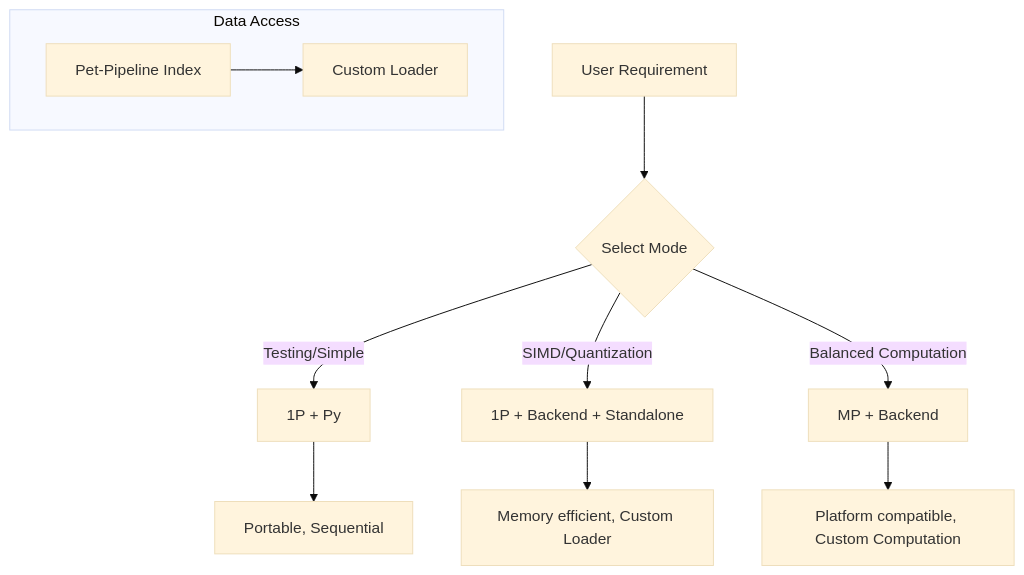
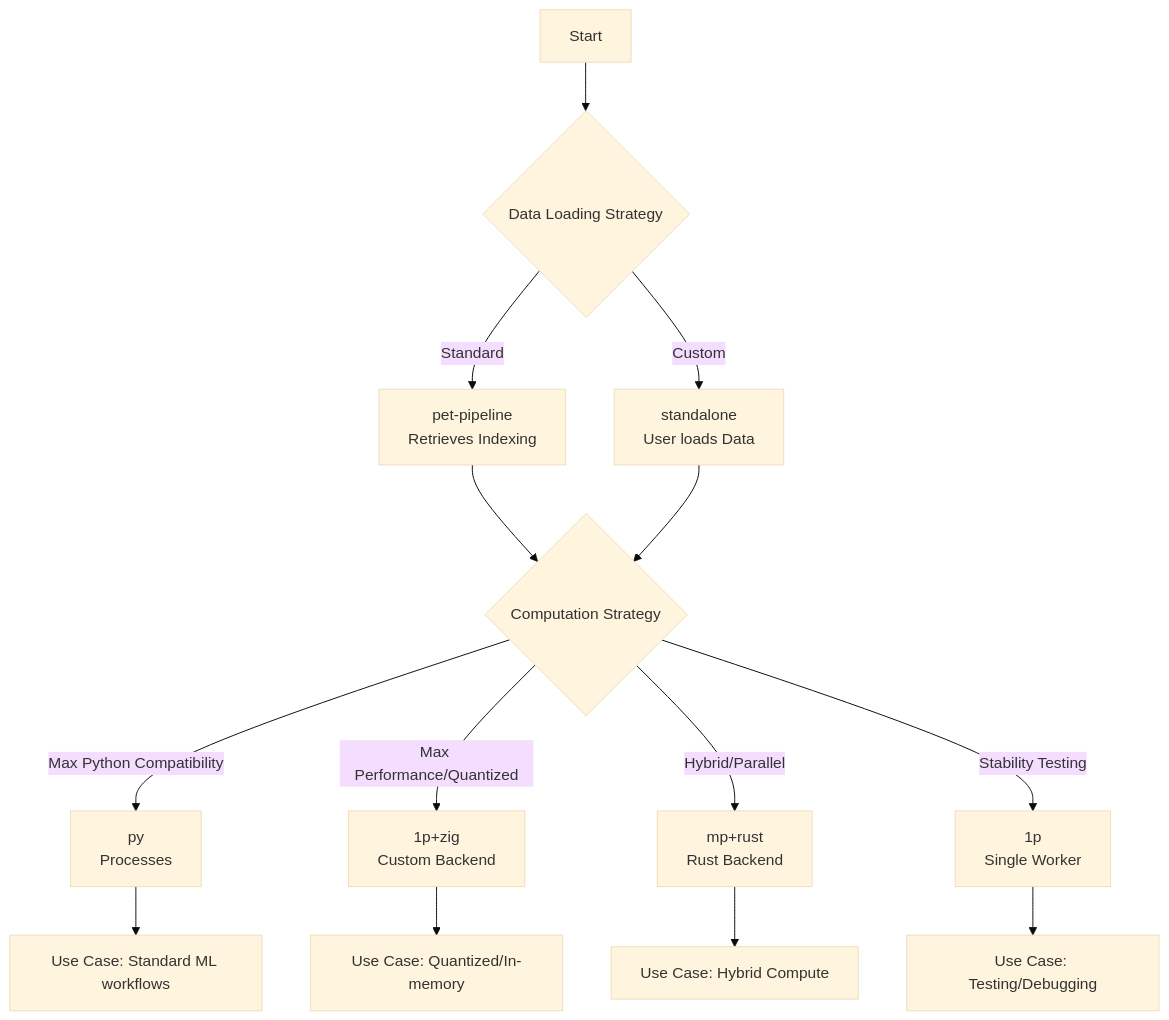
One commit to ACCESS-Community-Hub/PyEarthTools changed the diagram in packages/bundled_models/persistence/examples/README.md. Above: the diagram before and after it, drawn with Mermaid (base theme). The commit also changed other lines of this file, not shown here.

````diff
--- a/packages/bundled_models/persistence/examples/README.md
+++ b/packages/bundled_models/persistence/examples/README.md
@@ -51,16 +44,20 @@
 ```mermaid
-graph TD
-    A[User Requirement] --> B{Select Mode};
+flowchart TD
+    A[Start] --> B{Data Loading Strategy};
     
-    B -->|Testing/Simple| C[1P + Py];
-    B -->|SIMD/Quantization| D[1P + Backend + Standalone];
-    B -->|Balanced Computation| E[MP + Backend];
+    B -- Standard --> C[pet-pipeline<br>Retrieves Indexing];
+    B -- Custom --> D[standalone<br>User loads Data];
     
-    C --> C1[Portable, Sequential];
-    D --> D1[Memory efficient, Custom Loader];
-    E --> E1[Platform compatible, Custom Computation];
+    C --> E{Computation Strategy};
+    D --> E;
     
-    subgraph "Data Access"
-    F[Pet-Pipeline Index] --> G[Custom Loader];
-    end
+    E -- Max Python Compatibility --> F[py<br>Processes];
+    E -- Max Performance/Quantized --> G[1p+zig<br>Custom Backend];
+    E -- Hybrid/Parallel --> H[mp+rust<br>Rust Backend];
+    E -- Stability Testing --> I[1p<br>Single Worker];
+    
+    F --> J[Use Case: Standard ML workflows];
+    G --> K[Use Case: Quantized/In-memory];
+    H --> L[Use Case: Hybrid Compute];
+    I --> M[Use Case: Testing/Debugging];
 ```
````
